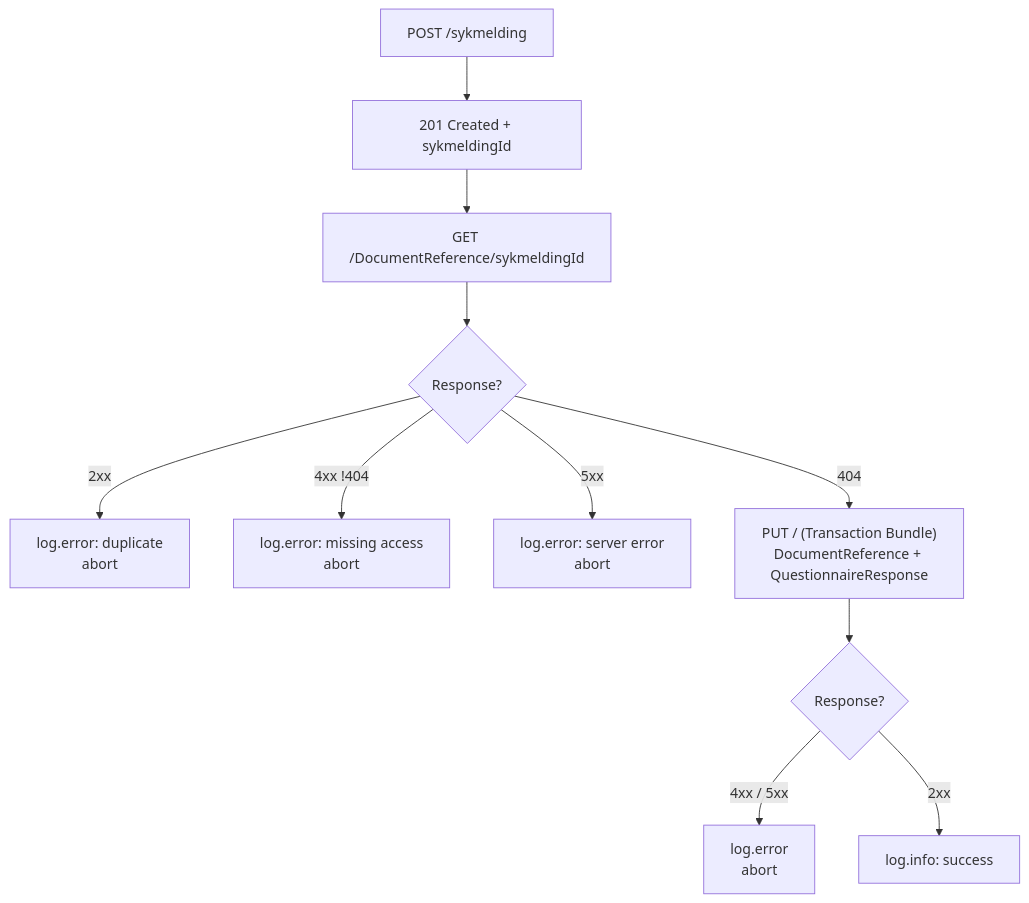
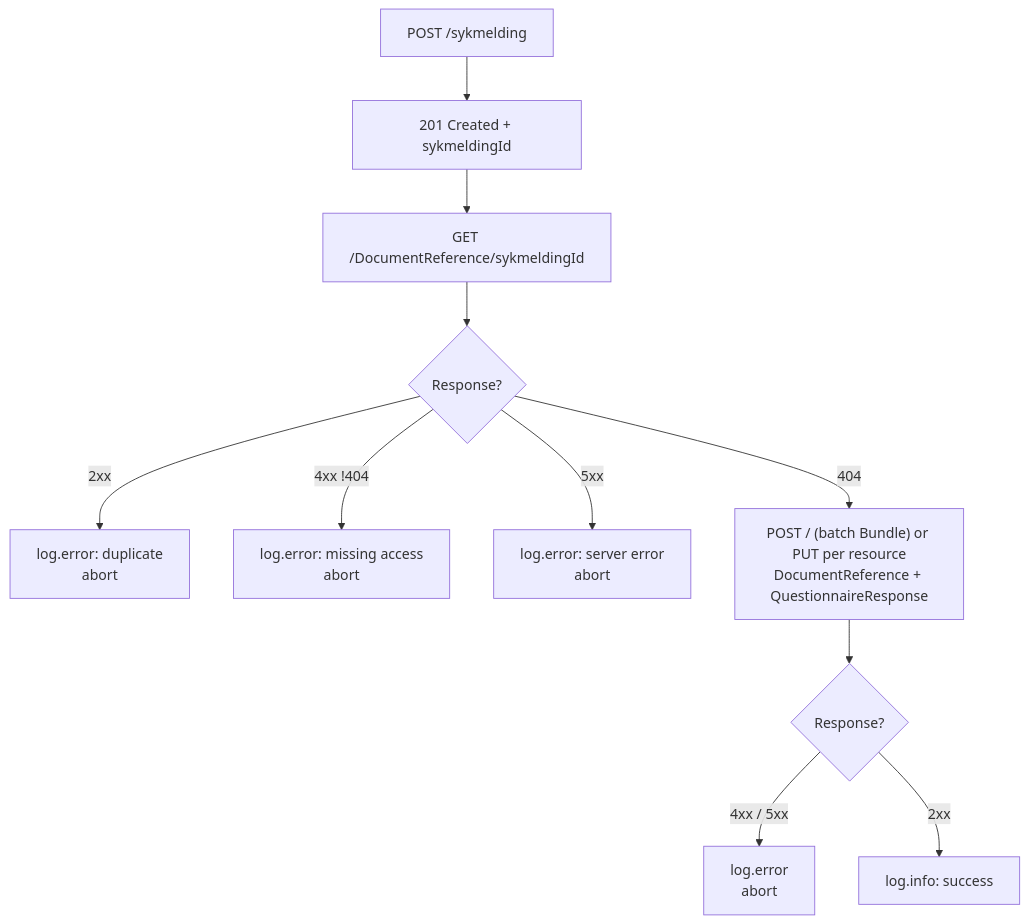
The second of 2 diagrams in docs/adr/ADR01 - FHIR resources for writing data back to EHR.md (navikt/syk-inn), drawn with Mermaid before and after one commit. The commit also changed other lines of this file and 5 other files, not shown here.

````diff
--- a/docs/adr/ADR01 - FHIR resources for writing data back to EHR.md
+++ b/docs/adr/ADR01 - FHIR resources for writing data back to EHR.md
@@ -360,13 +381,13 @@
 ```mermaid
 flowchart TD
     A[POST /sykmelding] --> B[201 Created + sykmeldingId]
     B --> C[GET /DocumentReference/sykmeldingId]
     C --> D{Response?}
     D -->|2xx| ERR1[log.error: duplicate\nabort]
     D -->|4xx !404| ERR2[log.error: missing access\nabort]
     D -->|5xx| ERR3[log.error: server error\nabort]
-    D -->|404| E["PUT / (Transaction Bundle)\nDocumentReference + QuestionnaireResponse"]
+    D -->|404| E["POST / (batch Bundle) or PUT per resource\nDocumentReference + QuestionnaireResponse"]
     E --> F{Response?}
     F -->|4xx / 5xx| ERR4[log.error\nabort]
     F -->|2xx| OK[log.info: success]
 ```
````
